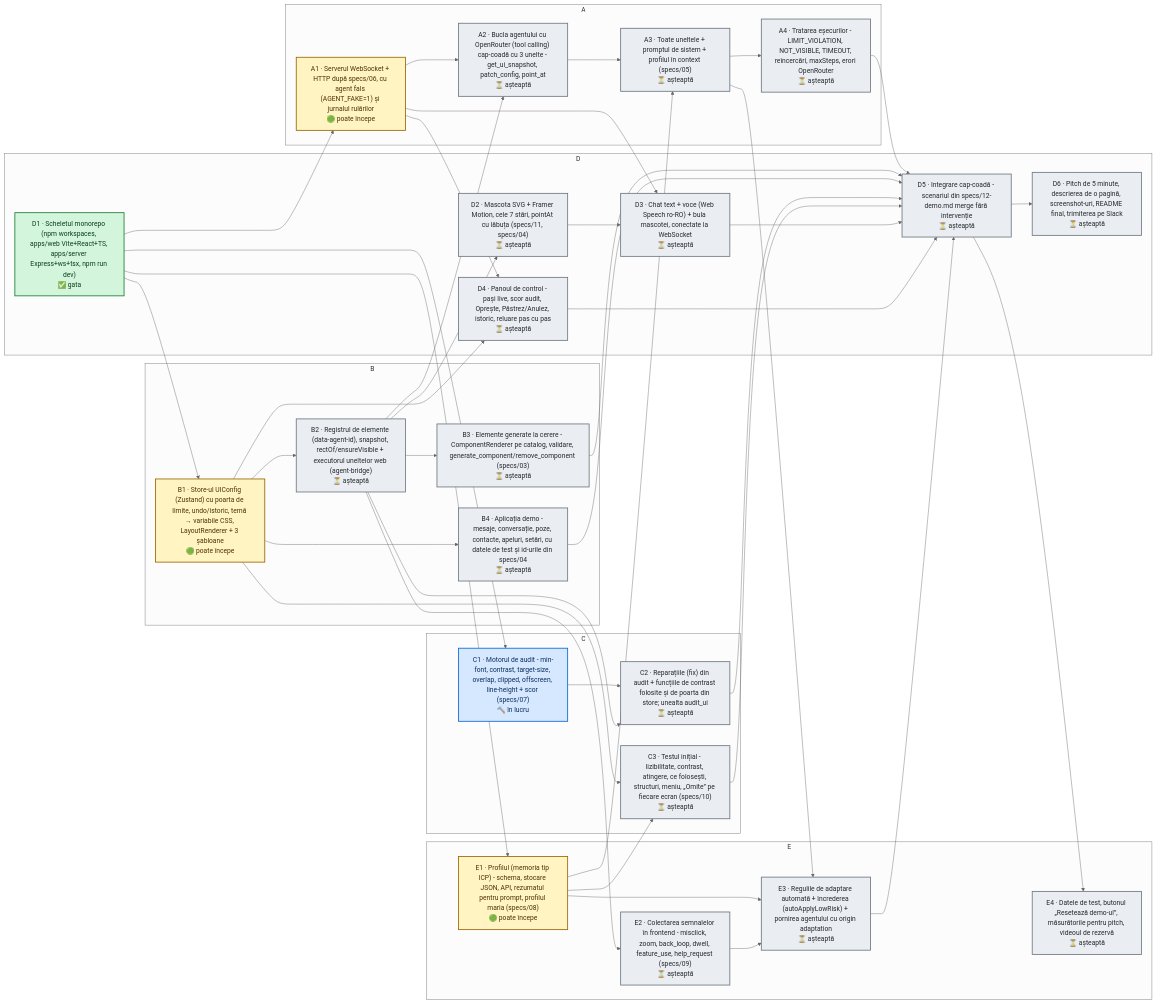
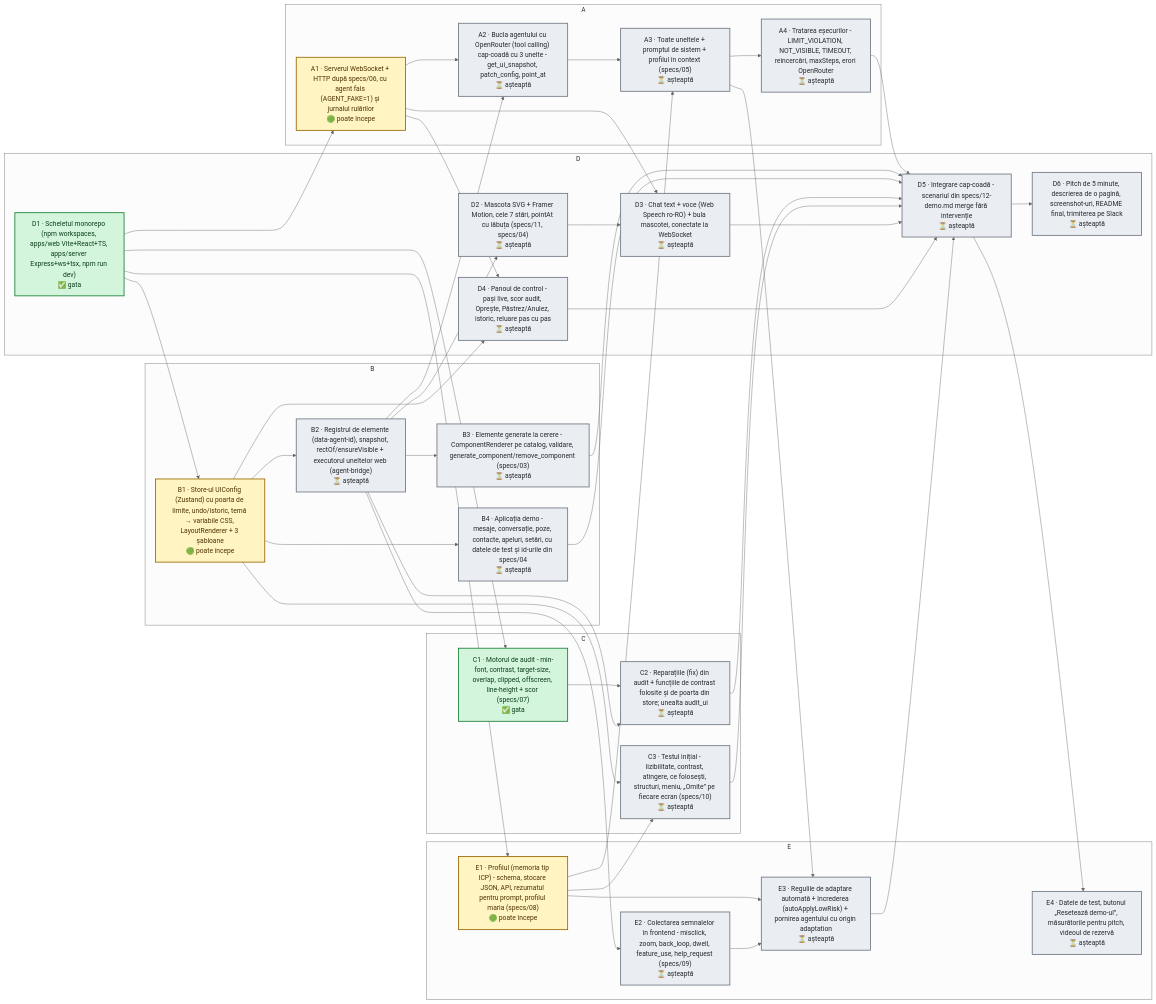
One commit to 06cezar/UiShapeshifter changed the diagram in DAG.md. Above: the diagram before and after it, drawn with Mermaid (neutral theme). The commit also changed other lines of this file and 1 other file, not shown here.

````diff
--- a/DAG.md
+++ b/DAG.md
@@ -8,78 +8,77 @@
 ```mermaid
 flowchart LR
   subgraph t_owner_A["A"]
     t_A1["A1 · Serverul WebSocket + HTTP după specs/06, cu agent fals (AGENT_FAKE=1) și jurnalul rulărilor<br/>🟢 poate începe"]
     t_A2["A2 · Bucla agentului cu OpenRouter (tool calling) cap-coadă cu 3 unelte - get_ui_snapshot, patch_config, point_at<br/>⏳ așteaptă"]
     t_A3["A3 · Toate uneltele + promptul de sistem + profilul în context (specs/05)<br/>⏳ așteaptă"]
     t_A4["A4 · Tratarea eșecurilor - LIMIT_VIOLATION, NOT_VISIBLE, TIMEOUT, reîncercări, maxSteps, erori OpenRouter<br/>⏳ așteaptă"]
   end
   subgraph t_owner_B["B"]
     t_B1["B1 · Store-ul UIConfig (Zustand) cu poarta de limite, undo/istoric, temă → variabile CSS, LayoutRenderer + 3 șabloane<br/>🟢 poate începe"]
     t_B2["B2 · Registrul de elemente (data-agent-id), snapshot, rectOf/ensureVisible + executorul uneltelor web (agent-bridge)<br/>⏳ așteaptă"]
     t_B3["B3 · Elemente generate la cerere - ComponentRenderer pe catalog, validare, generate_component/remove_component (specs/03)<br/>⏳ așteaptă"]
     t_B4["B4 · Aplicația demo - mesaje, conversație, poze, contacte, apeluri, setări, cu datele de test și id-urile din specs/04<br/>⏳ așteaptă"]
   end
   subgraph t_owner_C["C"]
-    t_C1["C1 · Motorul de audit - min-font, contrast, target-size, overlap, clipped, offscreen, line-height + scor (specs/07)<br/>🔨 în lucru"]
+    t_C1["C1 · Motorul de audit - min-font, contrast, target-size, overlap, clipped, offscreen, line-height + scor (specs/07)<br/>✅ gata"]
     t_C2["C2 · Reparațiile (fix) din audit + funcțiile de contrast folosite și de poarta din store; unealta audit_ui<br/>⏳ așteaptă"]
     t_C3["C3 · Testul inițial - lizibilitate, contrast, atingere, ce folosești, structuri, meniu, „Omite” pe fiecare ecran (specs/10)<br/>⏳ așteaptă"]
   end
   subgraph t_owner_D["D"]
     t_D1["D1 · Scheletul monorepo (npm workspaces, apps/web Vite+React+TS, apps/server Express+ws+tsx, npm run dev)<br/>✅ gata"]
     t_D2["D2 · Mascota SVG + Framer Motion, cele 7 stări, pointAt cu lăbuța (specs/11, specs/04)<br/>⏳ așteaptă"]
     t_D3["D3 · Chat text + voce (Web Speech ro-RO) + bula mascotei, conectate la WebSocket<br/>⏳ așteaptă"]
     t_D4["D4 · Panoul de control - pași live, scor audit, Oprește, Păstrez/Anulez, istoric, reluare pas cu pas<br/>⏳ așteaptă"]
     t_D5["D5 · Integrare cap-coadă - scenariul din specs/12-demo.md merge fără intervenție<br/>⏳ așteaptă"]
     t_D6["D6 · Pitch de 5 minute, descrierea de o pagină, screenshot-uri, README final, trimiterea pe Slack<br/>⏳ așteaptă"]
   end
   subgraph t_owner_E["E"]
     t_E1["E1 · Profilul (memoria tip ICP) - schema, stocare JSON, API, rezumatul pentru prompt, profilul maria (specs/08)<br/>🟢 poate începe"]
     t_E2["E2 · Colectarea semnalelor în frontend - misclick, zoom, back_loop, dwell, feature_use, help_request (specs/09)<br/>⏳ așteaptă"]
     t_E3["E3 · Regulile de adaptare automată + încrederea (autoApplyLowRisk) + pornirea agentului cu origin adaptation<br/>⏳ așteaptă"]
     t_E4["E4 · Datele de test, butonul „Resetează demo-ul”, măsurătorile pentru pitch, videoul de rezervă<br/>⏳ așteaptă"]
   end
   t_B2 --> t_D2
   t_A1 --> t_D3
   t_D2 --> t_D3
   t_A1 --> t_D4
   t_B1 --> t_D4
   t_A4 --> t_D5
   t_B3 --> t_D5
   t_B4 --> t_D5
   t_C2 --> t_D5
   t_C3 --> t_D5
   t_D3 --> t_D5
   t_D4 --> t_D5
   t_E3 --> t_D5
   t_D5 --> t_D6
   t_D1 --> t_A1
   t_A1 --> t_A2
   t_B2 --> t_A2
   t_A2 --> t_A3
   t_E1 --> t_A3
   t_A3 --> t_A4
   t_D1 --> t_B1
   t_B1 --> t_B2
   t_B2 --> t_B3
   t_B1 --> t_B4
   t_D1 --> t_C1
   t_C1 --> t_C2
   t_B2 --> t_C2
   t_B1 --> t_C3
   t_E1 --> t_C3
   t_D1 --> t_E1
   t_B2 --> t_E2
   t_E1 --> t_E3
   t_E2 --> t_E3
   t_A3 --> t_E3
   t_D5 --> t_E4
   classDef done fill:#d3f5dc,stroke:#1a7f37,color:#0b3d1a,stroke-width:2px
   classDef progress fill:#d6e8ff,stroke:#0969da,color:#0a2d5c,stroke-width:2px
   classDef ready fill:#fff4c2,stroke:#9a6700,color:#4d3300,stroke-width:2px
   classDef wait fill:#eaeef2,stroke:#6e7781,color:#24292f,stroke-width:2px
   classDef blocked fill:#ffd8d3,stroke:#cf222e,color:#5c0b10,stroke-width:2px
-  class t_D1 done
-  class t_C1 progress
+  class t_D1,t_C1 done
   class t_A1,t_B1,t_E1 ready
   class t_D2,t_D3,t_D4,t_D5,t_D6,t_A2,t_A3,t_A4,t_B2,t_B3,t_B4,t_C2,t_C3,t_E2,t_E3,t_E4 wait
 ```
````
